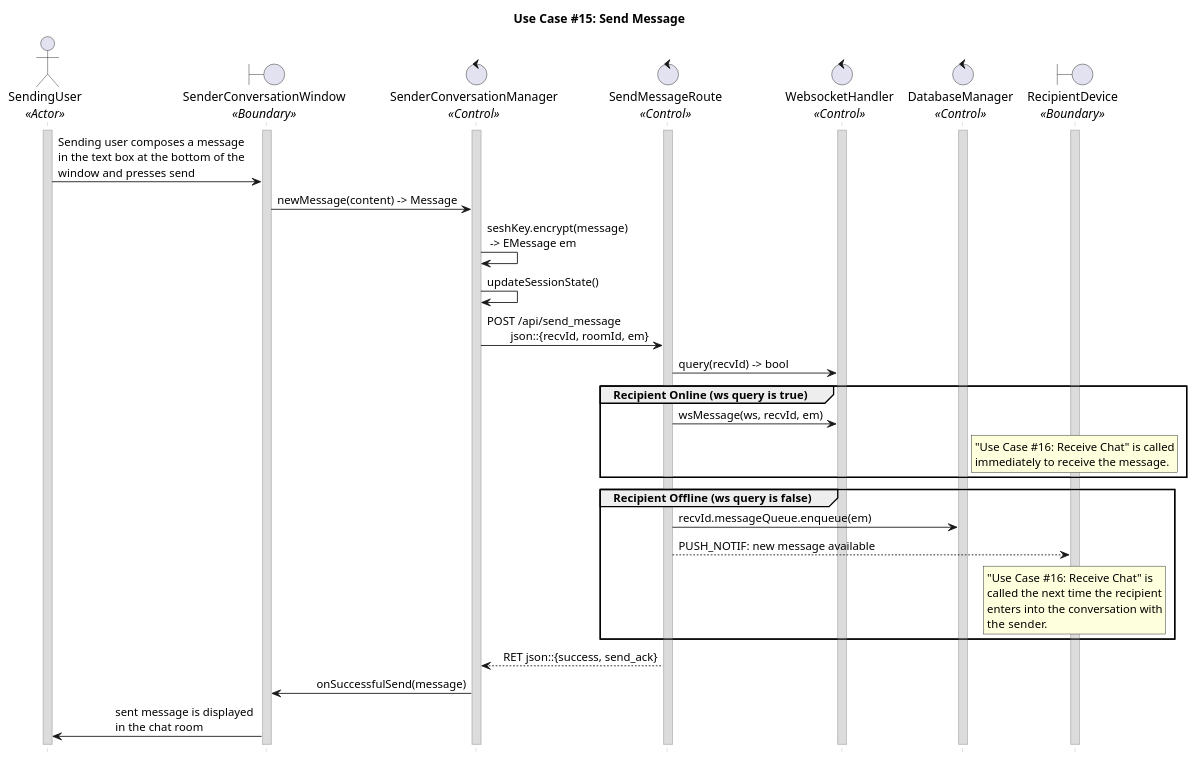
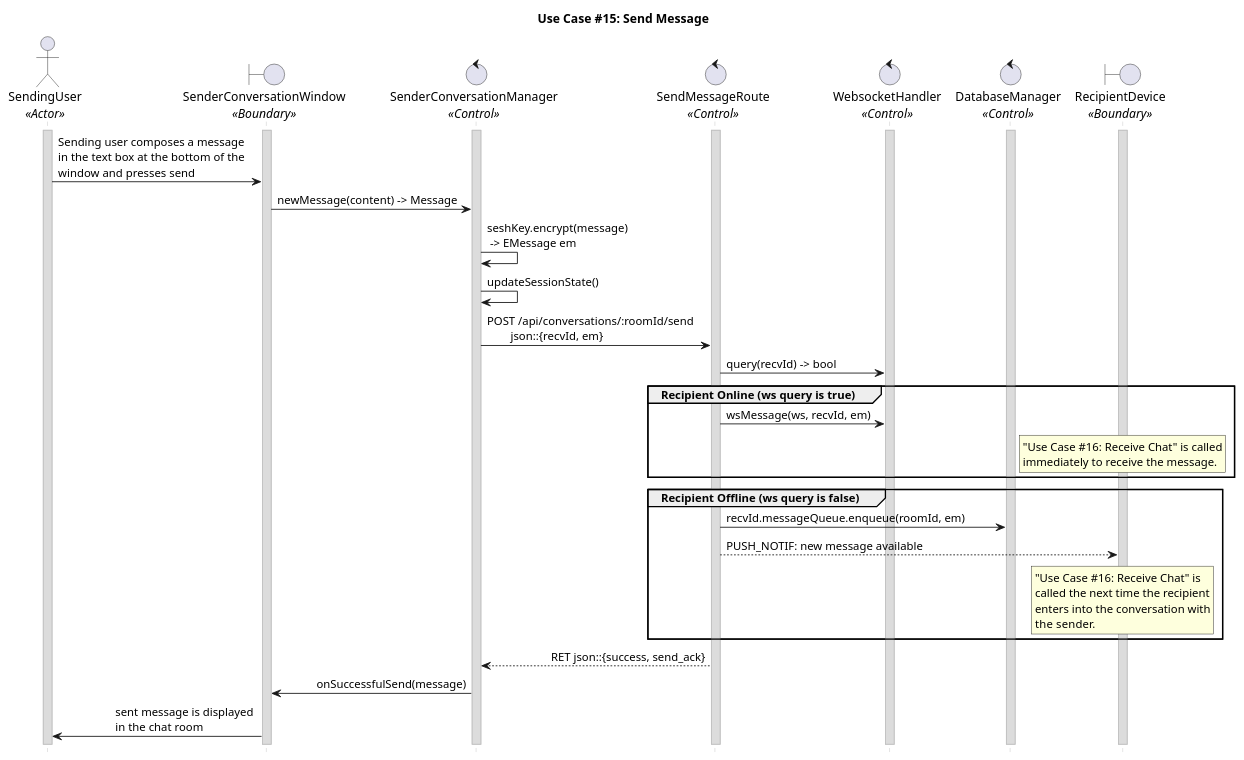
Before and after one commit to CECS-491-SP24-Group-1/seq-diagrams: the diagram in uc_15.puml, drawn with PlantUML. The commit also changed 1 other file, not shown here.

```diff
--- a/uc_15.puml
+++ b/uc_15.puml
@@ -1,74 +1,74 @@
 @startuml uc15
 title "Use Case #15: Send Message"
 
 'Styling goes here
 hide footbox
 skinparam stereotypePosition bottom
 skinparam sequenceMessageAlign direction
 skinparam sequence {
 	LifeLineBorderColor #Silver
 	LifeLineBackgroundColor #Gainsboro
 }
 
 'Setup the objects involved here
 actor SendingUser as u <<Actor>>
 boundary SenderConversationWindow as scw <<Boundary>>
 control SenderConversationManager as scm <<Control>>
 control SendMessageRoute as smr <<Control>>
 control WebsocketHandler as ws <<Control>>
 control DatabaseManager as db <<Control>>
 boundary RecipientDevice as rd <<Boundary>>
 
 'Setup persistent objects here
 activate u
 activate scw
 activate scm
 activate smr
 activate ws
 activate db
 activate rd
 
 '--- FLOW OF CONTROL STARTS HERE ---
 'The sending user composes a message.
 u -> scw: Sending user composes a message \nin the text box at the bottom of the \nwindow and presses send
 scw -> scm: newMessage(content) -> Message
 
 'The sending user’s device encrypts the message and updates the ratchet state before sending the message.
 scm -> scm: seshKey.encrypt(message)\n -> EMessage em
 scm -> scm: updateSessionState()
-scm -> smr: POST /api/send_message \n\tjson::{recvId, roomId, em}
+scm -> smr: POST /api/conversations/:roomId/send \n\tjson::{recvId, em}
 
 'Check if the user is online first.
 smr -> ws: query(recvId) -> bool
 
 'Case 1: The recipient is online
 group Recipient Online (ws query is true)
 	'If the receiving user is online, they call Use Case 16: Receive Chat to receive the chat immediately.
 	smr -> ws: wsMessage(ws, recvId, em)
 	rnote over rd
 	"Use Case #16: Receive Chat" is called
 	immediately to receive the message.
 	end note
 end
 
 'Case 2: The recipient is offline
 group Recipient Offline (ws query is false)
 	'If the receiving user is offline, a notification is sent to them and their device pulls down the message the next time they enter the chat room.
 	'The server enqueues the message into the receiver's receive queue.
-	smr -> db: recvId.messageQueue.enqueue(em)
+	smr -> db: recvId.messageQueue.enqueue(roomId, em)
 	smr --> rd: PUSH_NOTIF: new message available
 	rnote over rd
 	"Use Case #16: Receive Chat" is 
 	called the next time the recipient
 	enters into the conversation with
 	the sender.
 	end note
 end
 
 'Cleanup
 smr --> scm: RET json::{success, send_ack}
 scm -> scw: onSuccessfulSend(message)
 scw -> u: sent message is displayed \nin the chat room
+'--- FLOW OF CONTROL ENDS HERE   ---
 
-'--- FLOW OF CONTROL ENDS HERE   ---
 @enduml
```
